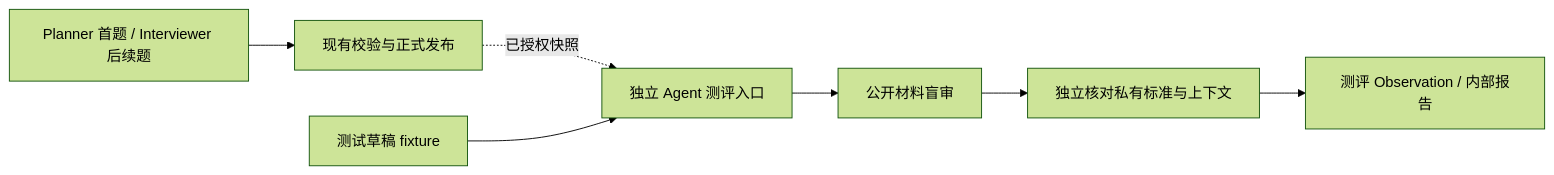
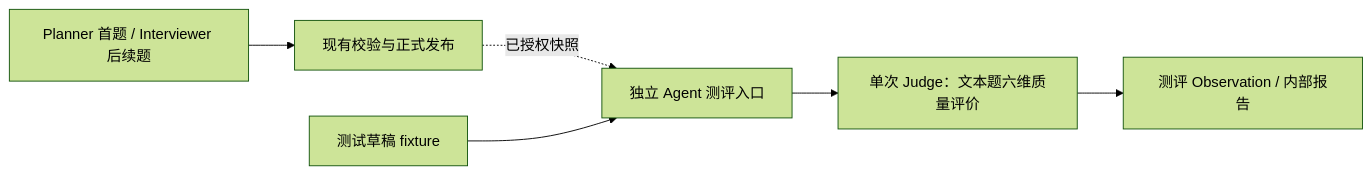
Before and after one commit to Belfast-byte/interview-guide-agent: the diagram in docs/design_spec/46-question-quality-llm-judge-evaluation-spec.md, drawn with Mermaid (forest theme). The commit also changed other lines of this file and 1 other file, not shown here.

````diff
--- a/docs/design_spec/46-question-quality-llm-judge-evaluation-spec.md
+++ b/docs/design_spec/46-question-quality-llm-judge-evaluation-spec.md
@@ -30,9 +32,8 @@
 ```mermaid
 flowchart LR
   A[Planner 首题 / Interviewer 后续题] --> B[现有校验与正式发布]
   B -. 已授权快照 .-> C[独立 Agent 测评入口]
   F[测试草稿 fixture] --> C
-  C --> D[公开材料盲审]
-  D --> E[独立核对私有标准与上下文]
-  E --> G[测评 Observation / 内部报告]
+  C --> D[单次 Judge：文本题六维质量评价]
+  D --> G[测评 Observation / 内部报告]
 ```
````
